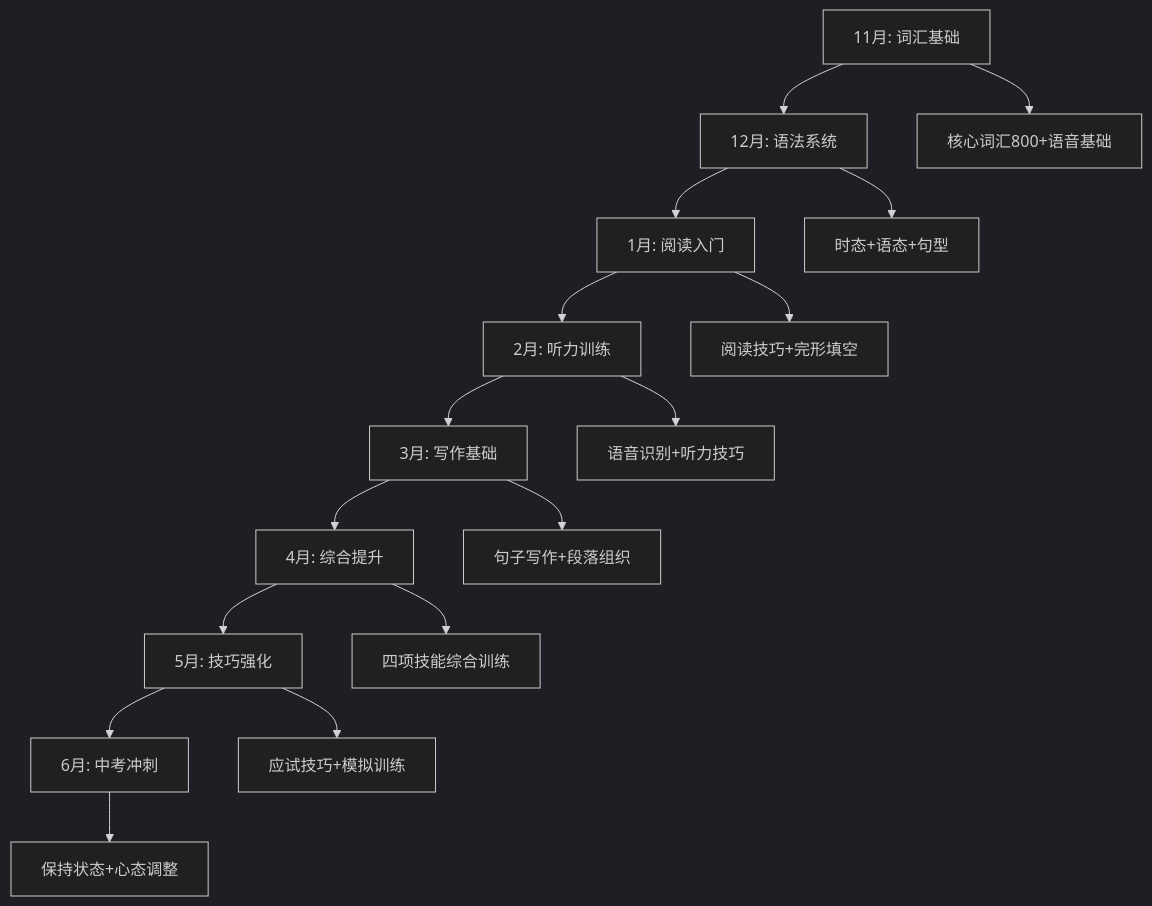
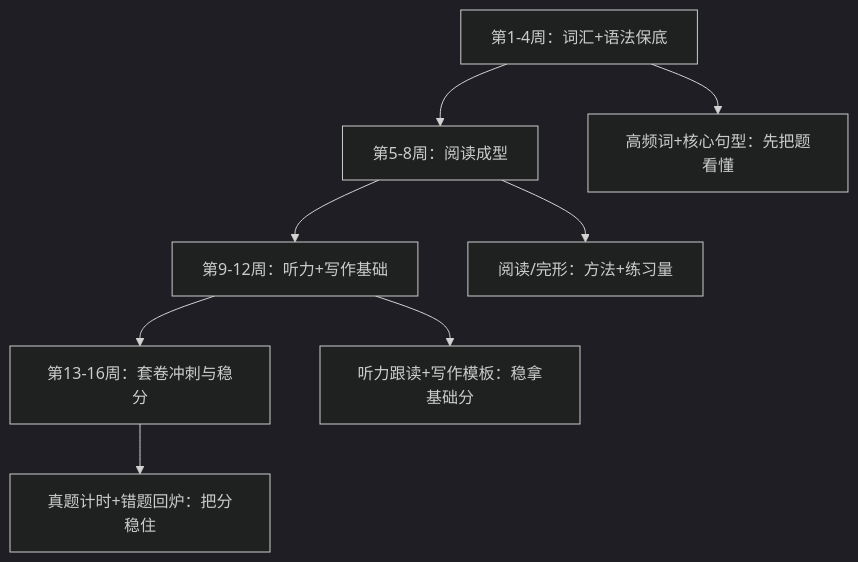
Before and after one commit to nonomil/junior-high-study-rebuild: the first of 4 diagrams in docs-v2/05-英语科目学习指南-词汇语法与技能突破.md, drawn with Mermaid (dark theme). The commit also changed other lines of this file and 52 other files, not shown here.

````diff
--- a/docs-v2/05-英语科目学习指南-词汇语法与技能突破.md
+++ b/docs-v2/05-英语科目学习指南-词汇语法与技能突破.md
@@ -17,19 +17,11 @@
 ```mermaid
 graph TD
-    A[11月: 词汇基础] --> B[12月: 语法系统]
-    B --> C[1月: 阅读入门]
-    C --> D[2月: 听力训练]
-    D --> E[3月: 写作基础]
-    E --> F[4月: 综合提升]
-    F --> G[5月: 技巧强化]
-    G --> H[6月: 中考冲刺]
+    A[第1-4周：词汇+语法保底] --> B[第5-8周：阅读成型]
+    B --> C[第9-12周：听力+写作基础]
+    C --> D[第13-16周：套卷冲刺与稳分]
     
-    A --> A1[核心词汇800+语音基础]
-    B --> B1[时态+语态+句型]
-    C --> C1[阅读技巧+完形填空]
-    D --> D1[语音识别+听力技巧]
-    E --> E1[句子写作+段落组织]
-    F --> F1[四项技能综合训练]
-    G --> G1[应试技巧+模拟训练]
-    H --> H1[保持状态+心态调整]
+    A --> A1[高频词+核心句型：先把题看懂]
+    B --> B1[阅读/完形：方法+练习量]
+    C --> C1[听力跟读+写作模板：稳拿基础分]
+    D --> D1[真题计时+错题回炉：把分稳住]
 ```
````
